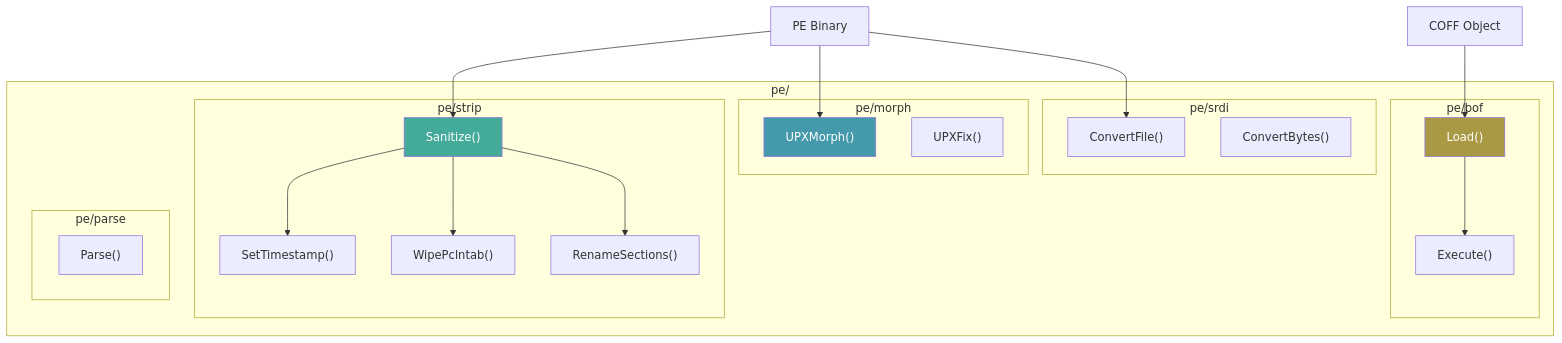
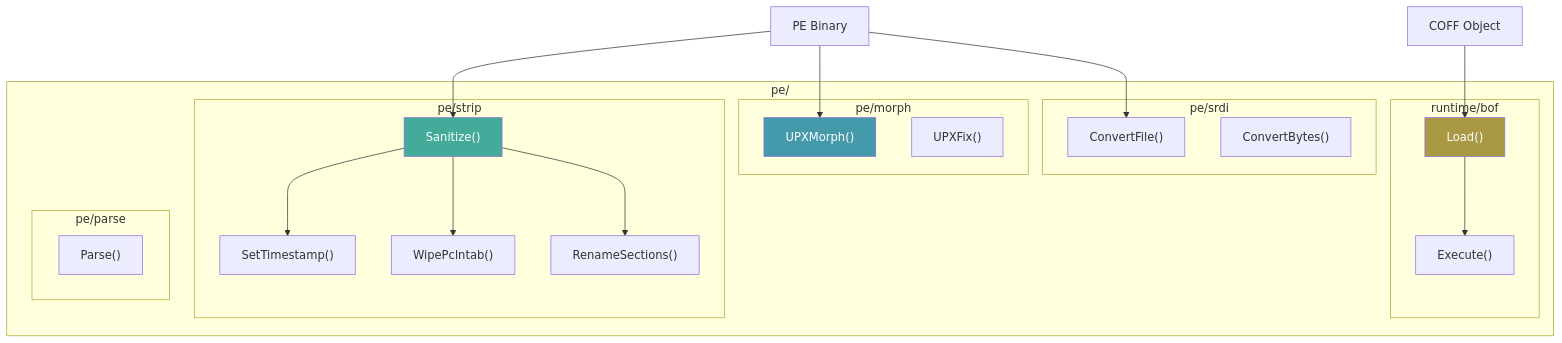
One commit to oioio-space/maldev changed the diagram in docs/techniques/pe/README.md. Above: the diagram before and after it, drawn with Mermaid. The commit also changed other lines of this file and 28 other files, not shown here.

````diff
--- a/docs/techniques/pe/README.md
+++ b/docs/techniques/pe/README.md
@@ -11,43 +11,43 @@
 ```mermaid
 graph TD
     subgraph "pe/"
         subgraph "pe/strip"
             SANITIZE["Sanitize()"]
             TS["SetTimestamp()"]
             PCLNTAB["WipePclntab()"]
             RENAME["RenameSections()"]
             SANITIZE --> TS
             SANITIZE --> PCLNTAB
             SANITIZE --> RENAME
         end
 
-        subgraph "pe/bof"
+        subgraph "runtime/bof"
             LOAD["Load()"]
             EXEC["Execute()"]
             LOAD --> EXEC
         end
 
         subgraph "pe/morph"
             UPX["UPXMorph()"]
             FIX["UPXFix()"]
         end
 
         subgraph "pe/parse"
             PARSE["Parse()"]
         end
 
         subgraph "pe/srdi"
             CONVERT["ConvertFile()"]
             CONVERTB["ConvertBytes()"]
         end
     end
 
     INPUT["PE Binary"] --> SANITIZE
     INPUT --> UPX
     INPUT --> CONVERT
     COFF["COFF Object"] --> LOAD
 
     style SANITIZE fill:#4a9,color:#fff
     style UPX fill:#49a,color:#fff
     style LOAD fill:#a94,color:#fff
 ```
````
